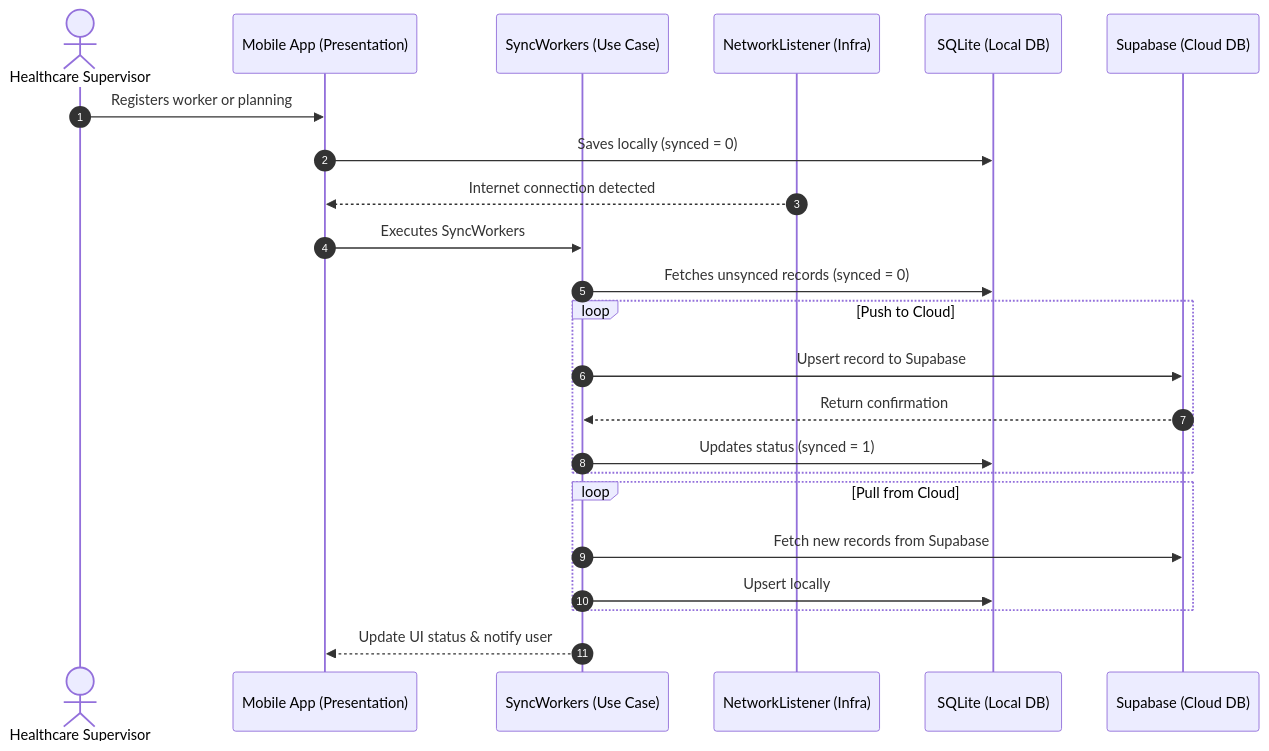
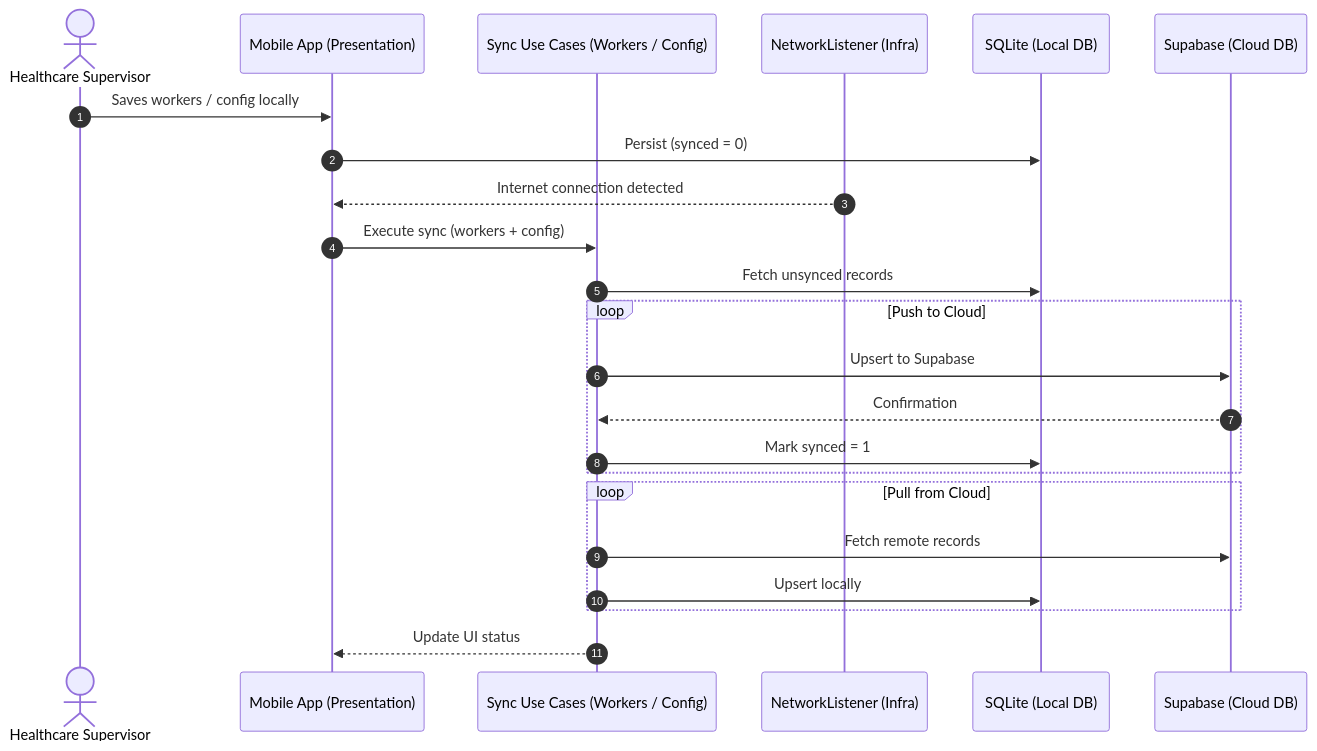
One commit to watchtheblind/IVSS-WORKERS-ORGANIZER changed the diagram in README.md. Above: the diagram before and after it, drawn with Mermaid. The commit also changed other lines of this file and 2 other files, not shown here.

First line of the commit message:
docs: consolidate Supabase setup into single script and refresh README

````diff
--- a/README.md
+++ b/README.md
@@ -155,29 +156,26 @@
 ```mermaid
 sequenceDiagram
     autonumber
     actor User as Healthcare Supervisor
     participant UI as Mobile App (Presentation)
-    participant UC as SyncWorkers (Use Case)
+    participant UC as Sync Use Cases (Workers / Config)
     participant Net as NetworkListener (Infra)
     participant Local as SQLite (Local DB)
     participant Remote as Supabase (Cloud DB)
 
-    User->>UI: Registers worker or planning
-    UI->>Local: Saves locally (synced = 0)
+    User->>UI: Saves workers / config locally
+    UI->>Local: Persist (synced = 0)
     Net-->>UI: Internet connection detected
-    UI->>UC: Executes SyncWorkers
-    UC->>Local: Fetches unsynced records (synced = 0)
-    
+    UI->>UC: Execute sync (workers + config)
+    UC->>Local: Fetch unsynced records
     loop Push to Cloud
-        UC->>Remote: Upsert record to Supabase
-        Remote-->>UC: Return confirmation
-        UC->>Local: Updates status (synced = 1)
+        UC->>Remote: Upsert to Supabase
+        Remote-->>UC: Confirmation
+        UC->>Local: Mark synced = 1
     end
-
     loop Pull from Cloud
-        UC->>Remote: Fetch new records from Supabase
+        UC->>Remote: Fetch remote records
         UC->>Local: Upsert locally
     end
-    
-    UC-->>UI: Update UI status & notify user
+    UC-->>UI: Update UI status
 ```
````
